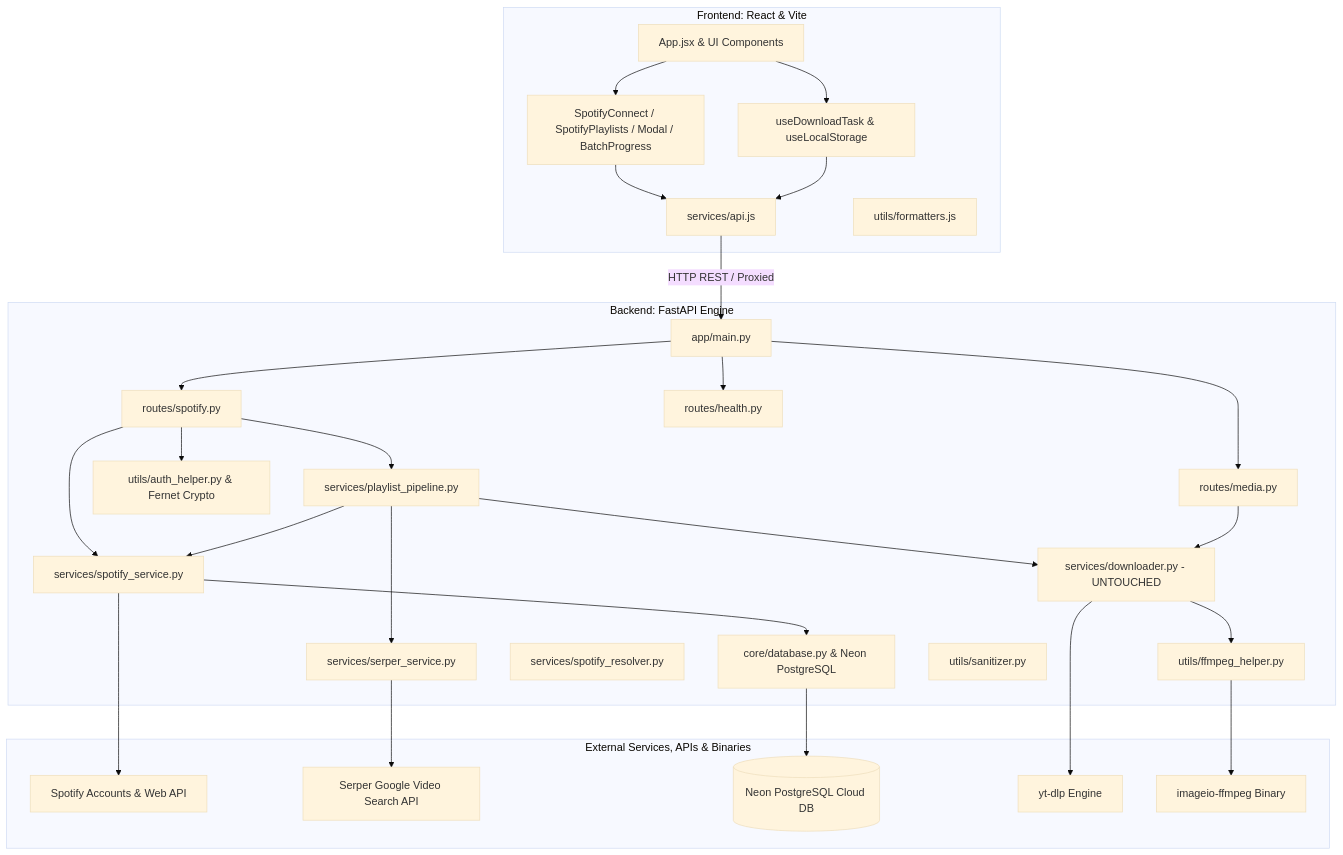
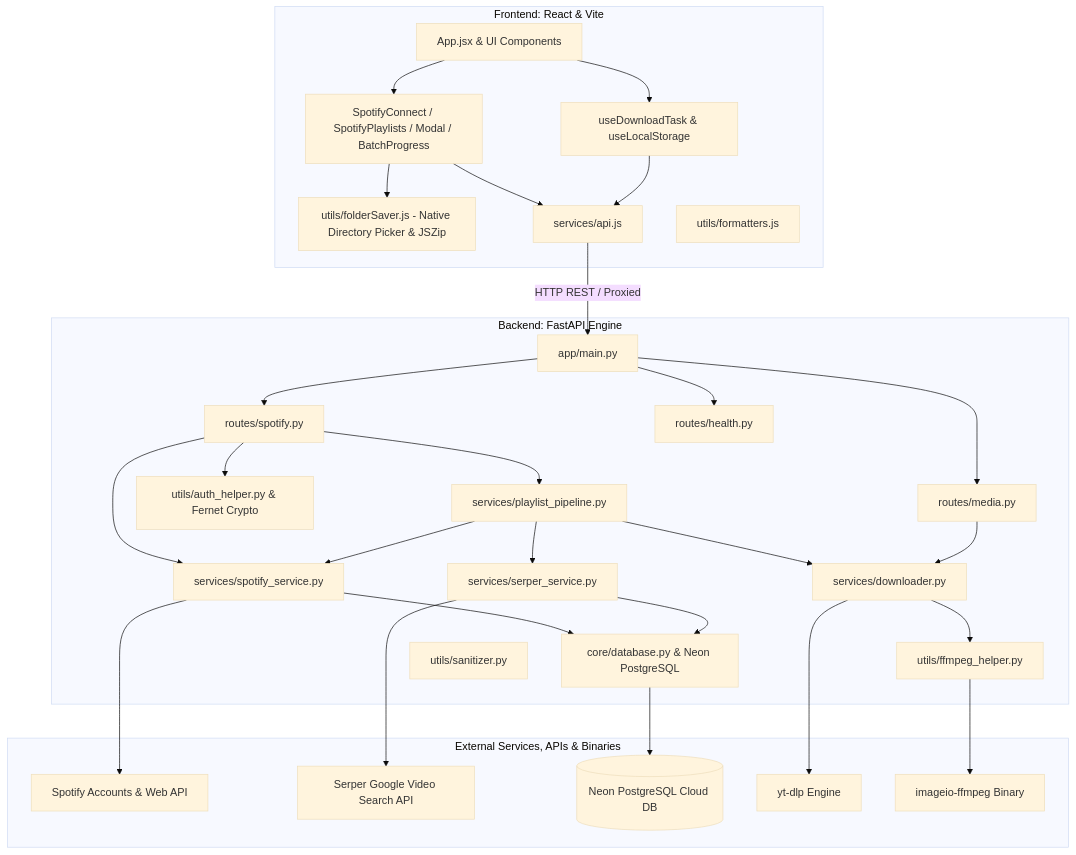
Before and after one commit to learnthusalearner/TuneFetch: the first of 2 diagrams in docs/ARCHITECTURE.md, drawn with Mermaid (base theme). The commit also changed other lines of this file and 4 other files, not shown here.

Commit message:
docs: Update README, architecture, and run guides with folder saver, DB cache, and auto-venv details

````diff
--- a/docs/ARCHITECTURE.md
+++ b/docs/ARCHITECTURE.md
@@ -9,57 +9,59 @@
 ```mermaid
 graph TD
     subgraph Client ["Frontend: React & Vite"]
         UI[App.jsx & UI Components]
         SpotifyUI[SpotifyConnect / SpotifyPlaylists / Modal / BatchProgress]
+        FolderSaver[utils/folderSaver.js - Native Directory Picker & JSZip]
         Hooks[useDownloadTask & useLocalStorage]
         APIClient[services/api.js]
         Formatters[utils/formatters.js]
     end
 
     subgraph Server ["Backend: FastAPI Engine"]
         Main[app/main.py]
         RouterMedia[routes/media.py]
         RouterSpotify[routes/spotify.py]
         RouterHealth[routes/health.py]
         Database[core/database.py & Neon PostgreSQL]
         AuthHelper[utils/auth_helper.py & Fernet Crypto]
         SpotifyService[services/spotify_service.py]
         SerperService[services/serper_service.py]
         PlaylistPipeline[services/playlist_pipeline.py]
-        Downloader[services/downloader.py - UNTOUCHED]
-        SpotifyRes[services/spotify_resolver.py]
+        Downloader[services/downloader.py]
         FFmpegHelper[utils/ffmpeg_helper.py]
         Sanitizer[utils/sanitizer.py]
     end
 
     subgraph External ["External Services, APIs & Binaries"]
         SpotifyOAuth[Spotify Accounts & Web API]
         SerperAPI[Serper Google Video Search API]
         NeonDB[(Neon PostgreSQL Cloud DB)]
         YTDLP[yt-dlp Engine]
         ImageIO[imageio-ffmpeg Binary]
     end
 
     UI --> SpotifyUI
     UI --> Hooks
+    SpotifyUI --> FolderSaver
     SpotifyUI --> APIClient
     Hooks --> APIClient
     APIClient -->|HTTP REST / Proxied| Main
     Main --> RouterMedia
     Main --> RouterSpotify
     Main --> RouterHealth
     RouterSpotify --> AuthHelper
     RouterSpotify --> SpotifyService
     RouterSpotify --> PlaylistPipeline
     SpotifyService --> SpotifyOAuth
     SpotifyService --> Database
     Database --> NeonDB
     PlaylistPipeline --> SpotifyService
     PlaylistPipeline --> SerperService
     PlaylistPipeline --> Downloader
+    SerperService --> Database
     SerperService --> SerperAPI
     RouterMedia --> Downloader
     Downloader --> YTDLP
     Downloader --> FFmpegHelper
     FFmpegHelper --> ImageIO
 ```
````
